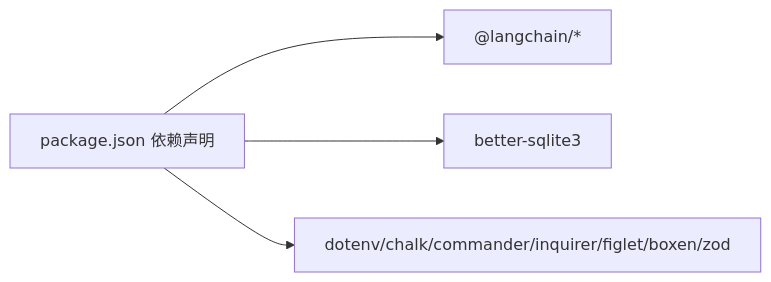
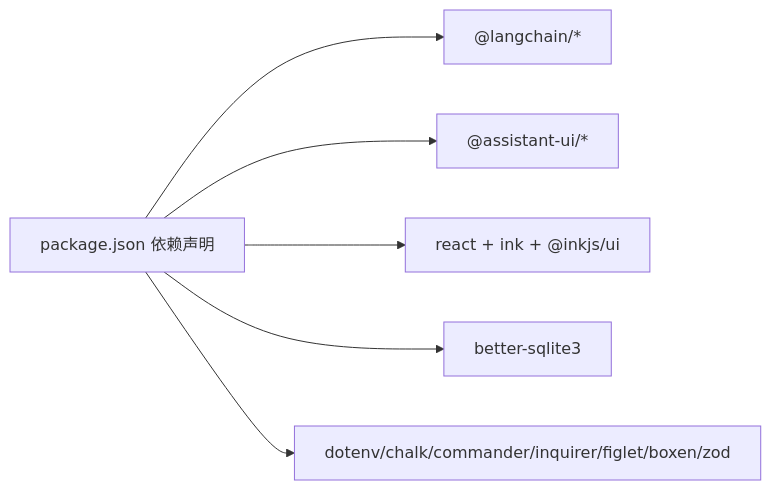
One commit to HAOFUYANG/onion-code changed diagram 12 of 13 in .qoder/repowiki/zh/content/核心架构/核心架构.md. Above: the diagram before and after it, drawn with Mermaid. The commit also changed other lines of this file and 29 other files, not shown here.

````diff
--- a/.qoder/repowiki/zh/content/核心架构/核心架构.md
+++ b/.qoder/repowiki/zh/content/核心架构/核心架构.md
@@ -397,10 +554,14 @@
 ```mermaid
 graph LR
 Pkg["package.json 依赖声明"]
 LC["@langchain/*"]
+AU["@assistant-ui/*"]
+React["react + ink + @inkjs/ui"]
 SQL["better-sqlite3"]
 Utils["dotenv/chalk/commander/inquirer/figlet/boxen/zod"]
 Pkg --> LC
+Pkg --> AU
+Pkg --> React
 Pkg --> SQL
 Pkg --> Utils
 ```
````
